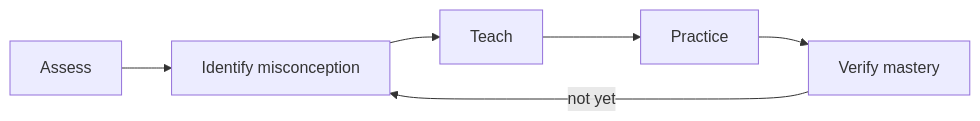
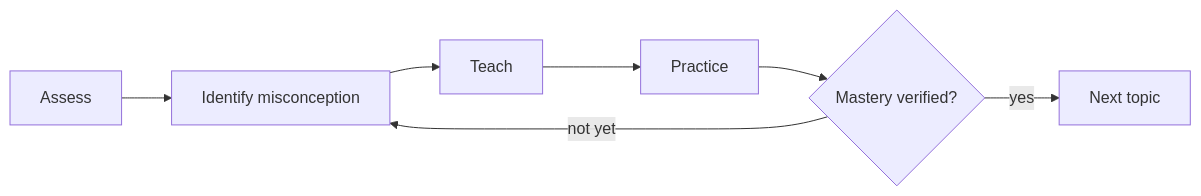
Before and after one commit to Incarnate-Jayatu/MindMate: the diagram in README.md, drawn with Mermaid.

````diff
--- a/README.md
+++ b/README.md
@@ -7,8 +7,9 @@
 ```mermaid
 flowchart LR
     A[Assess] --> B[Identify misconception]
     B --> C[Teach]
     C --> D[Practice]
-    D --> E[Verify mastery]
+    D --> E{Mastery verified?}
     E -->|not yet| B
+    E -->|yes| F[Next topic]
 ```
````
